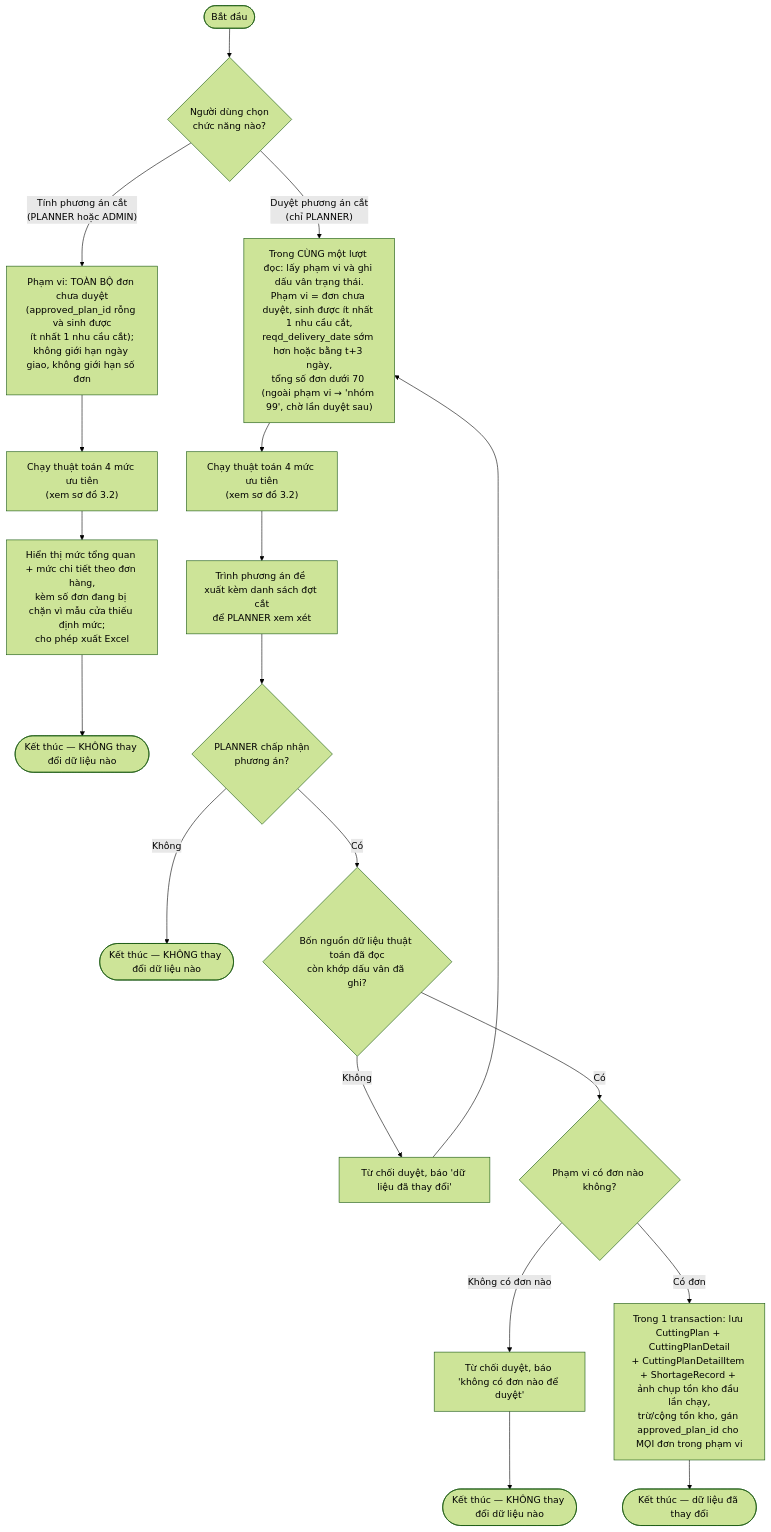
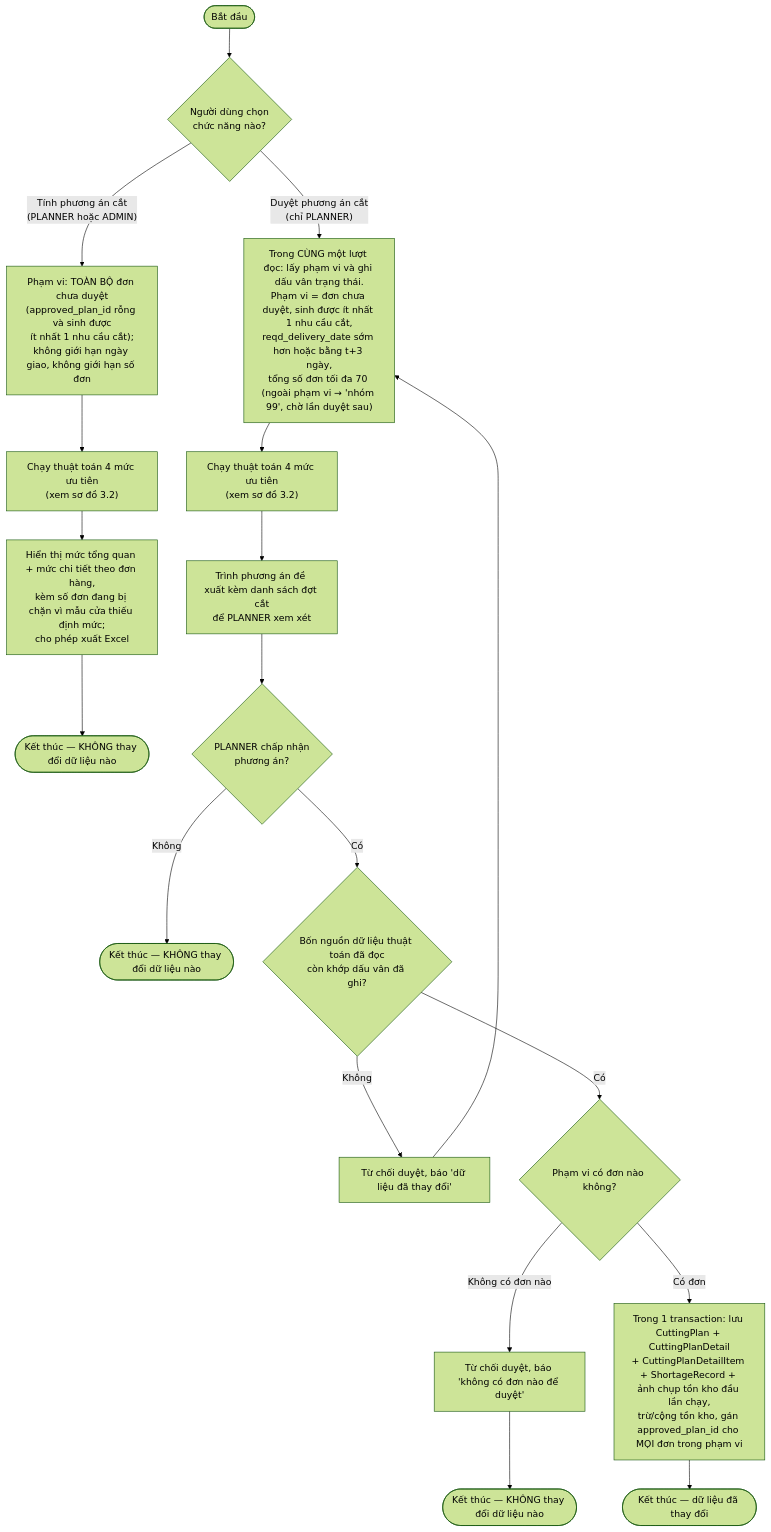
The third of 5 diagrams in docs/activity-diagrams.md (huydeptraii123/GraduationThesis), drawn with Mermaid (forest theme) before and after one commit. The commit also changed other lines of this file and 5 other files, not shown here.

Commit message:
docs: thống nhất cách diễn đạt hạn mức phạm vi duyệt

````diff
--- a/docs/activity-diagrams.md
+++ b/docs/activity-diagrams.md
@@ -101,23 +101,23 @@
 ```mermaid
 flowchart TD
     A([Bắt đầu]) --> B{"Người dùng chọn<br/>chức năng nào?"}
 
     B -- "Tính phương án cắt<br/>(PLANNER hoặc ADMIN)" --> C["Phạm vi: TOÀN BỘ đơn chưa duyệt<br/>(approved_plan_id rỗng và sinh được<br/>ít nhất 1 nhu cầu cắt);<br/>không giới hạn ngày giao, không giới hạn số đơn"]
     C --> D["Chạy thuật toán 4 mức ưu tiên<br/>(xem sơ đồ 3.2)"]
     D --> E["Hiển thị mức tổng quan + mức chi tiết theo đơn hàng,<br/>kèm số đơn đang bị chặn vì mẫu cửa thiếu định mức;<br/>cho phép xuất Excel"]
     E --> Z1([Kết thúc — KHÔNG thay đổi dữ liệu nào])
 
-    B -- "Duyệt phương án cắt<br/>(chỉ PLANNER)" --> F["Trong CÙNG một lượt đọc: lấy phạm vi và ghi dấu vân trạng thái.<br/>Phạm vi = đơn chưa duyệt, sinh được ít nhất 1 nhu cầu cắt,<br/>reqd_delivery_date sớm hơn hoặc bằng t+3 ngày,<br/>tổng số đơn dưới 70 (ngoài phạm vi → 'nhóm 99', chờ lần duyệt sau)"]
+    B -- "Duyệt phương án cắt<br/>(chỉ PLANNER)" --> F["Trong CÙNG một lượt đọc: lấy phạm vi và ghi dấu vân trạng thái.<br/>Phạm vi = đơn chưa duyệt, sinh được ít nhất 1 nhu cầu cắt,<br/>reqd_delivery_date sớm hơn hoặc bằng t+3 ngày,<br/>tổng số đơn tối đa 70 (ngoài phạm vi → 'nhóm 99', chờ lần duyệt sau)"]
     F --> G["Chạy thuật toán 4 mức ưu tiên<br/>(xem sơ đồ 3.2)"]
     G --> I["Trình phương án đề xuất kèm danh sách đợt cắt<br/>để PLANNER xem xét"]
     I --> J{"PLANNER chấp nhận<br/>phương án?"}
     J -- "Không" --> Z2([Kết thúc — KHÔNG thay đổi dữ liệu nào])
     J -- "Có" --> K{"Bốn nguồn dữ liệu thuật toán đã đọc<br/>còn khớp dấu vân đã ghi?"}
     K -- "Không" --> K1["Từ chối duyệt, báo 'dữ liệu đã thay đổi'"]
     K1 --> F
     K -- "Có" --> M{"Phạm vi có đơn nào không?"}
     M -- "Không có đơn nào" --> M1["Từ chối duyệt, báo 'không có đơn nào để duyệt'"]
     M1 --> Z4([Kết thúc — KHÔNG thay đổi dữ liệu nào])
     M -- "Có đơn" --> L["Trong 1 transaction: lưu CuttingPlan + CuttingPlanDetail<br/>+ CuttingPlanDetailItem + ShortageRecord + ảnh chụp tồn kho đầu lần chạy,<br/>trừ/cộng tồn kho, gán approved_plan_id cho MỌI đơn trong phạm vi"]
     L --> Z3([Kết thúc — dữ liệu đã thay đổi])
 ```
````
